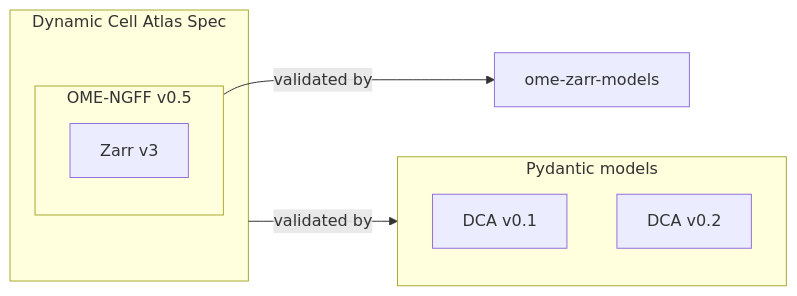
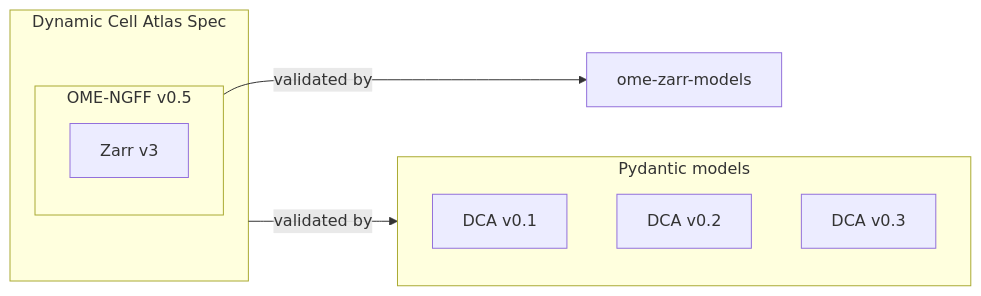
Before and after one commit to chanzuckerberg/dynamic-cell-atlas-specs: the diagram in docs/validation.md, drawn with Mermaid. The commit also changed other lines of this file and 36 other files, not shown here.

````diff
--- a/docs/validation.md
+++ b/docs/validation.md
@@ -11,14 +11,15 @@
 ```mermaid
 flowchart LR
   subgraph dca["Dynamic Cell Atlas Spec"]
     subgraph ngff["OME-NGFF v0.5"]
       zarr["Zarr v3"]
     end
   end
   ngff -->|validated by| omelib["ome-zarr-models"]
   dca -->|validated by| pydantic
   subgraph pydantic["Pydantic models"]
     v01["DCA v0.1"]
     v02["DCA v0.2"]
+    v03["DCA v0.3"]
   end
 ```
````
